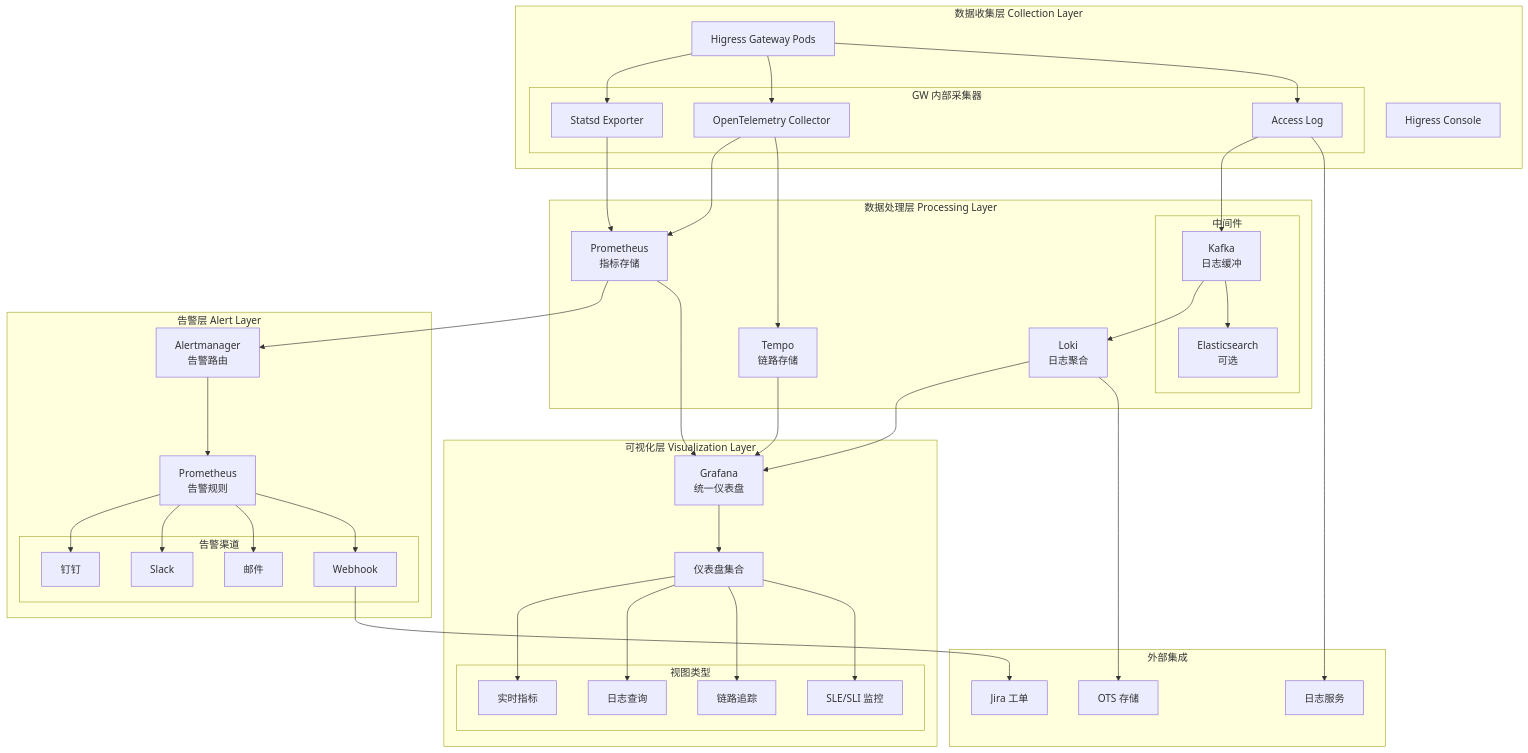
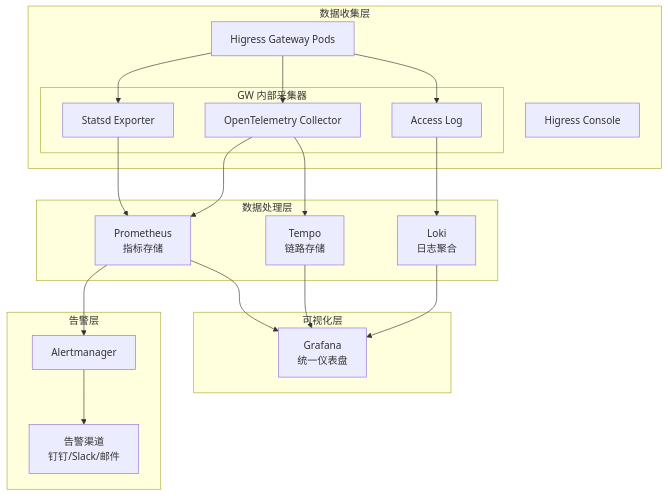
Before and after one commit to wssaidong/caishaodong.blog: the first of 8 diagrams in src/content/docs/api-gateway/higress/79731151-higress-observability-architecture-guide.md, drawn with Mermaid. The commit also changed other lines of this file and 1 other file, not shown here.

````diff
--- a/src/content/docs/api-gateway/higress/79731151-higress-observability-architecture-guide.md
+++ b/src/content/docs/api-gateway/higress/79731151-higress-observability-architecture-guide.md
@@ -19,87 +130,38 @@
 ```mermaid
 flowchart TB
-    subgraph "数据收集层 Collection Layer"
+    subgraph "数据收集层"
         GW[Higress Gateway Pods]
         Console[Higress Console]
-        
+
         subgraph "GW 内部采集器"
             Statsd[Statsd Exporter]
             OTEL[OpenTelemetry Collector]
             AL[Access Log]
         end
     end
-    
-    subgraph "数据处理层 Processing Layer"
+
+    subgraph "数据处理层"
         PROM[Prometheus<br/>指标存储]
         LOKI[Loki<br/>日志聚合]
         TEMPO[Tempo<br/>链路存储]
-        
-        subgraph "中间件"
-            KAFKA[Kafka<br/>日志缓冲]
-            ESC[Elasticsearch<br/>可选]
-        end
     end
-    
-    subgraph "告警层 Alert Layer"
-        ALERTMGR[Alertmanager<br/>告警路由]
-        ALERTRULES[Prometheus<br/>告警规则]
-        
-        subgraph "告警渠道"
-            DING[钉钉]
-            SLACK[Slack]
-            EMAIL[邮件]
-            WEBHOOK[Webhook]
-        end
+
+    subgraph "告警层"
+        ALERTMGR[Alertmanager]
+        CHANNELS[告警渠道<br/>钉钉/Slack/邮件]
     end
-    
-    subgraph "可视化层 Visualization Layer"
+
+    subgraph "可视化层"
         GRAFANA[Grafana<br/>统一仪表盘]
-        DASHBOARDS[仪表盘集合]
-        
-        subgraph "视图类型"
-            METRICS_VIEW[实时指标]
-            LOGS_VIEW[日志查询]
-            TRACES_VIEW[链路追踪]
-            SLO_VIEW[SLE/SLI 监控]
-        end
     end
-    
-    subgraph "外部集成"
-        JIRA[Jira 工单]
-        OTS[OTS 存储]
-        SLS[日志服务]
-    end
-    
-    GW --> Statsd
-    GW --> OTEL
-    GW --> AL
-    
-    Statsd --> PROM
-    OTEL --> PROM
+
+    GW --> Statsd --> PROM
+    GW --> OTEL --> PROM
     OTEL --> TEMPO
-    
-    AL --> KAFKA
-    KAFKA --> LOKI
-    KAFKA --> ESC
-    
-    PROM --> ALERTMGR
-    ALERTMGR --> ALERTRULES
-    ALERTRULES --> DING
-    ALERTRULES --> SLACK
-    ALERTRULES --> EMAIL
-    ALERTRULES --> WEBHOOK
-    
+    GW --> AL --> LOKI
+
+    PROM --> ALERTMGR --> CHANNELS
     PROM --> GRAFANA
     LOKI --> GRAFANA
     TEMPO --> GRAFANA
-    
-    GRAFANA --> DASHBOARDS
-    DASHBOARDS --> METRICS_VIEW
-    DASHBOARDS --> LOGS_VIEW
-    DASHBOARDS --> TRACES_VIEW
-    DASHBOARDS --> SLO_VIEW
-    
-    WEBHOOK --> JIRA
-    AL --> SLS
-    LOKI --> OTS
 ```
````
